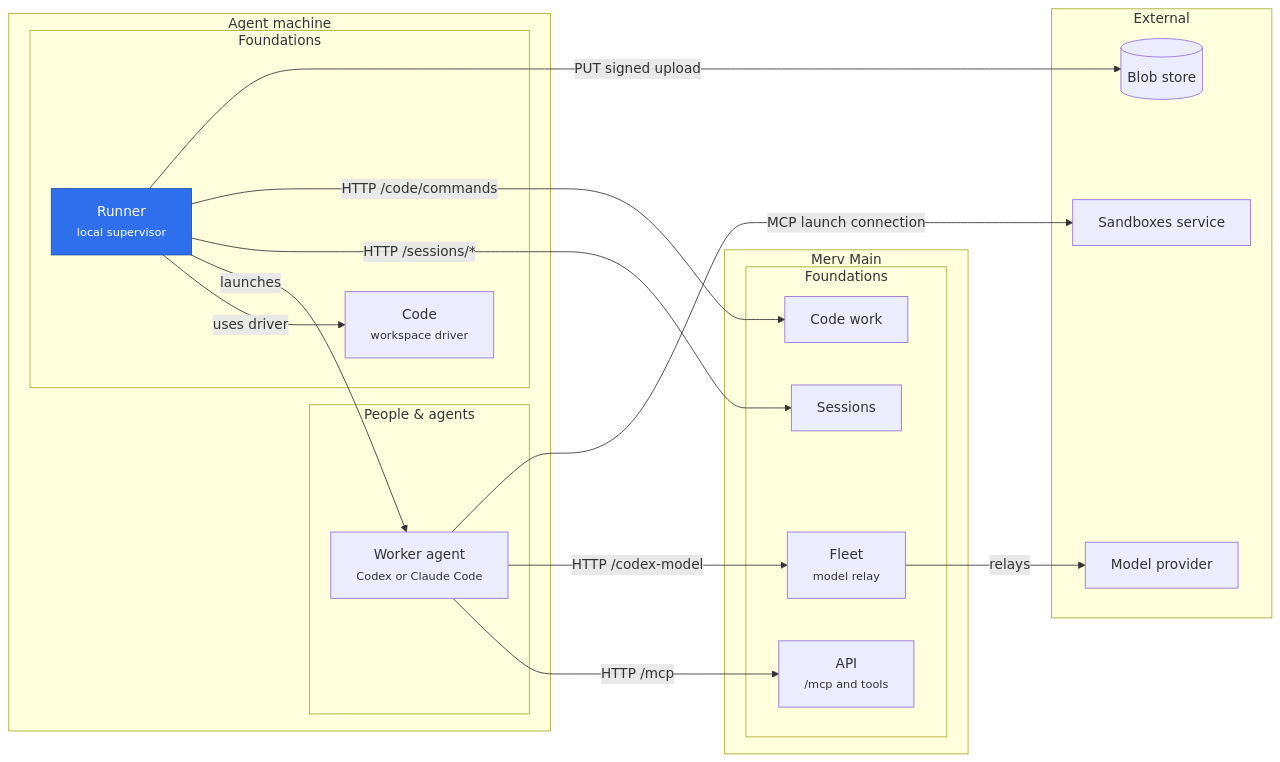
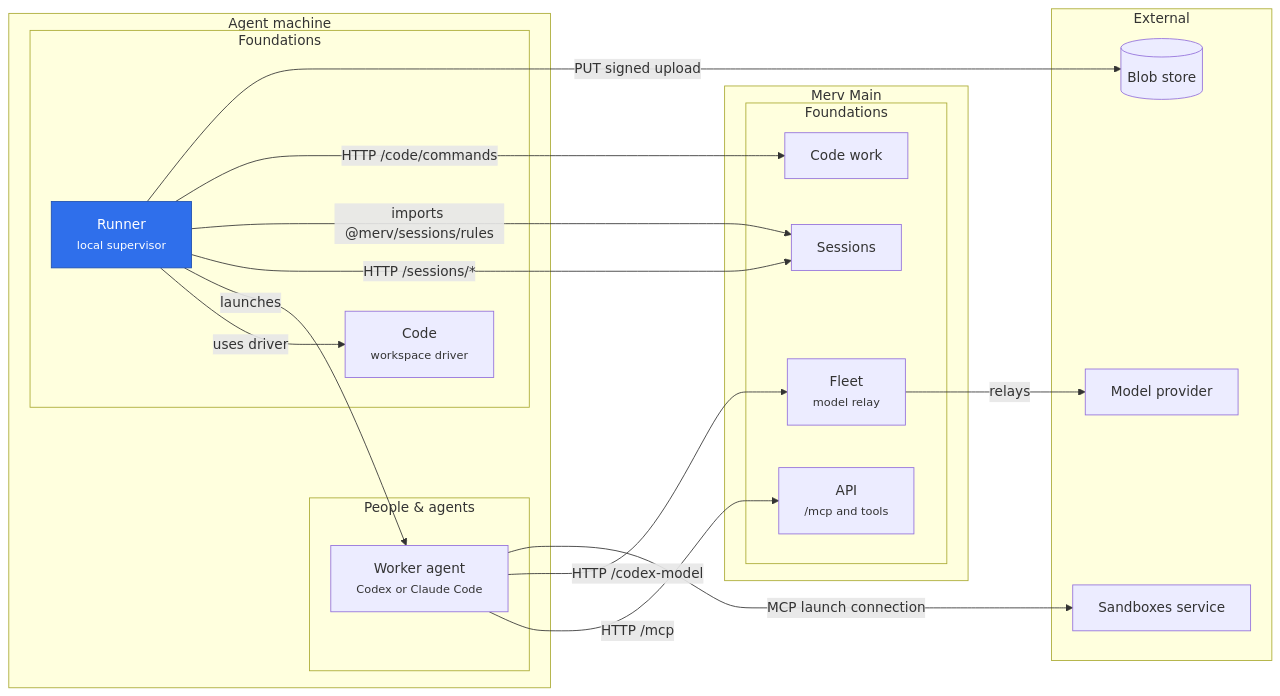
The diagram in merv-typescript/packages/runner/README.md (rapidreview-io/Merv), drawn with Mermaid before and after one commit. The commit also changed 1 other file, not shown here.

Commit message:
Show Sessions' identity, state, domain-events and Secrets edges
The Sessions diagram gains those nodes and the runner's import of
@merv/sessions/rules (also in the runner's diagram), and the README says
Hugging Face access is for hosted Codex sessions only.

````diff
--- a/merv-typescript/packages/runner/README.md
+++ b/merv-typescript/packages/runner/README.md
@@ -7,36 +7,37 @@
 ```mermaid
 flowchart LR
   subgraph machine["Agent machine"]
     subgraph machinePeople["People & agents"]
       workerAgent["Worker agent<br/><small>Codex or Claude Code</small>"]
     end
     subgraph machineFoundations["Foundations"]
       runner["Runner<br/><small>local supervisor</small>"]
       code["Code<br/><small>workspace driver</small>"]
     end
   end
   subgraph main["Merv Main"]
     subgraph mainFoundations["Foundations"]
       api["API<br/><small>/mcp and tools</small>"]
       sessions["Sessions"]
       codeWork["Code work"]
       fleet["Fleet<br/><small>model relay</small>"]
     end
   end
   subgraph externalLayer["External"]
     blobStore[("Blob store")]
     sandboxesService["Sandboxes service"]
     modelProvider["Model provider"]
   end
   runner -- "uses driver" --> code
   runner -- "launches" --> workerAgent
   runner -- "HTTP /sessions/*" --> sessions
+  runner -- "imports @merv/sessions/rules" --> sessions
   runner -- "HTTP /code/commands" --> codeWork
   runner -- "PUT signed upload" --> blobStore
   workerAgent -- "HTTP /mcp" --> api
   workerAgent -- "HTTP /codex-model" --> fleet
   workerAgent -- "MCP launch connection" --> sandboxesService
   fleet -- "relays" --> modelProvider
   classDef self fill:#2f6feb,color:#fff,stroke:#1f4fb0
   class runner self
 ```
````
